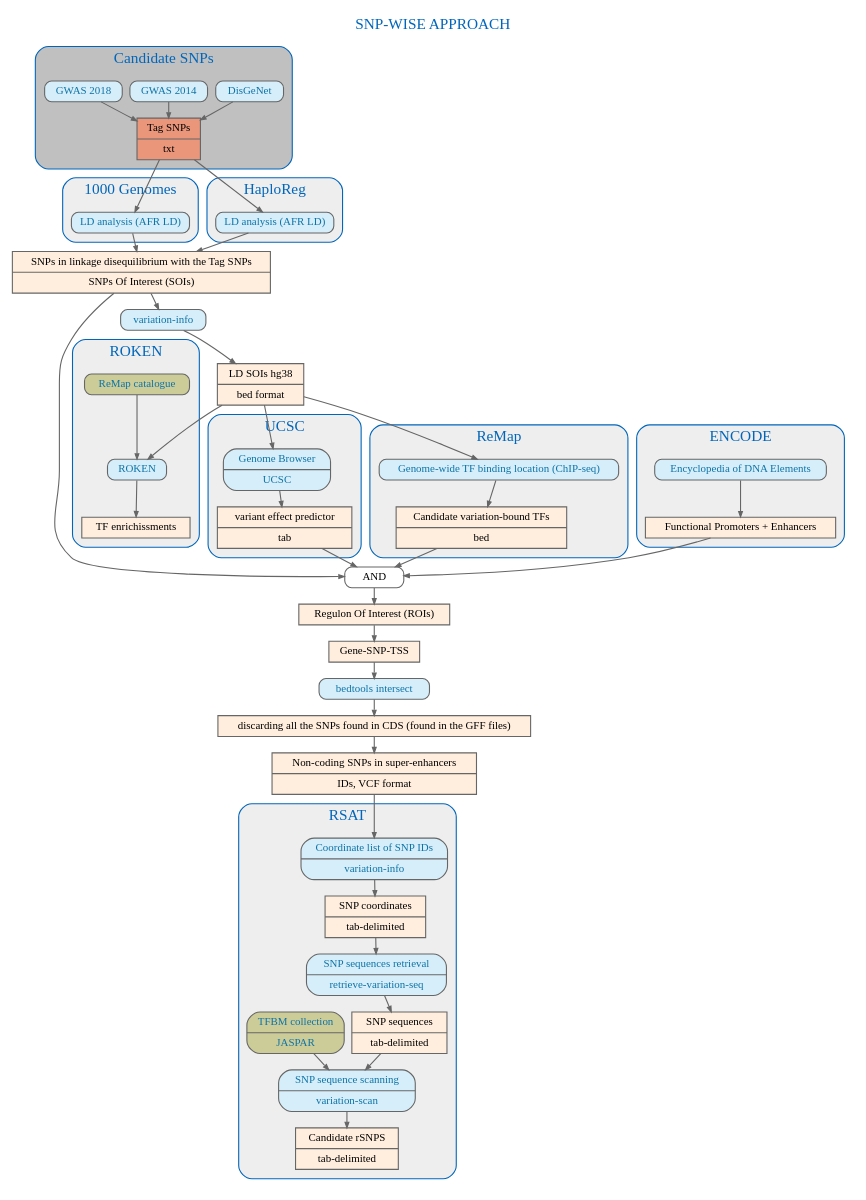
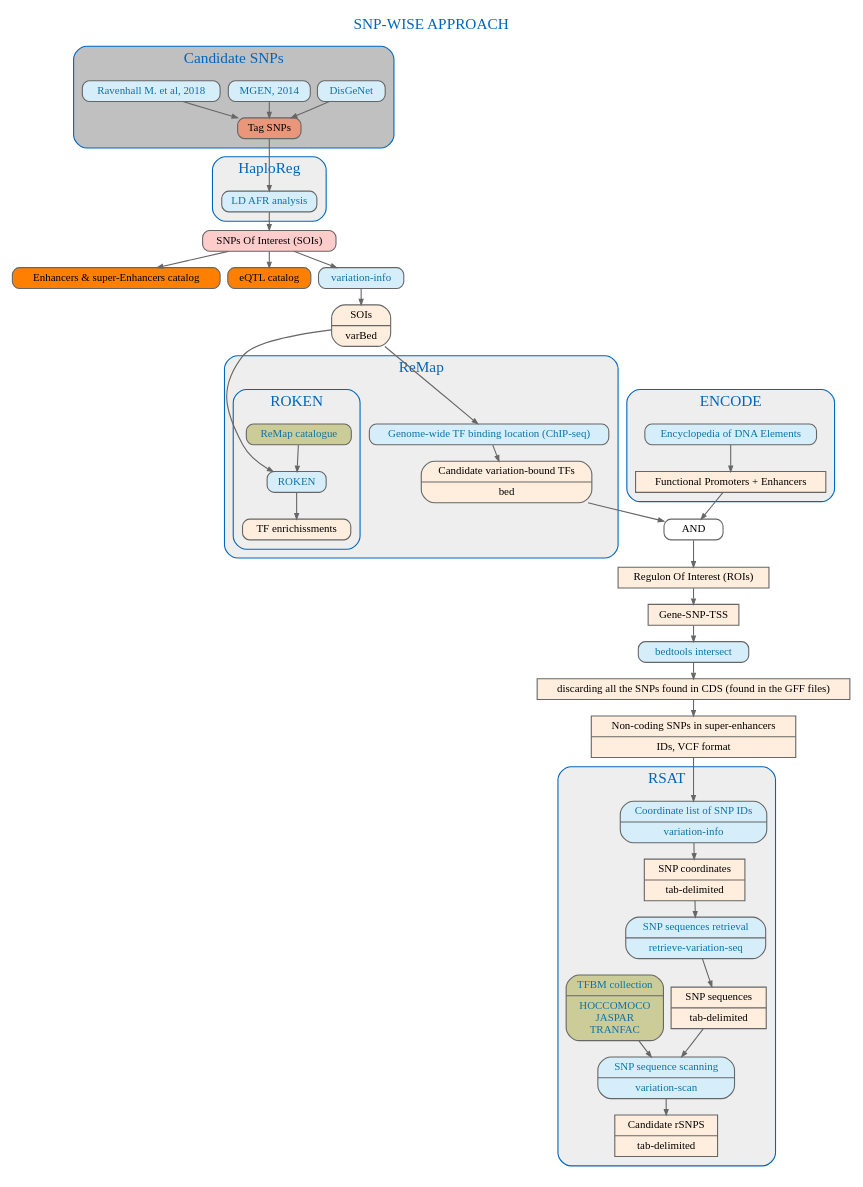
Before and after one commit to YvonFrid/malaria_rSNPs: the diagram in flowchart/snp_wise_approach.dot, drawn with Graphviz. The commit also changed 7 other files, not shown here.

```diff
--- a/flowchart/snp_wise_approach.dot
+++ b/flowchart/snp_wise_approach.dot
@@ -1,9 +1,23 @@
 digraph {
 
 	## General properties of the graph (font, color, ...)
-	graph [fontname="ArialBlack",fontsize="14", label="SNP-WISE APPROACH" labelloc="t", fontcolor="#0066BB", nodesep="0.1", ranksep="0.2"];
-	edge [fontname="ArialMT",fontsize="10",labelfontname="ArialMT",labelfontsize="10", arrowsize="0.5", color="#666666"];
-	node [fontname="ArialMT",fontsize="10",shape=record,height="0.2", color="#666666"];
+	graph [fontname="ArialBlack",
+			fontsize="14", 
+			label="SNP-WISE APPROACH" labelloc="t", 
+			fontcolor="#0066BB", 
+			nodesep="0.1", 
+			ranksep="0.2"];
+	edge [fontname="ArialMT",
+			fontsize="10",
+			labelfontname="ArialMT",
+			labelfontsize="10", 
+			arrowsize="0.5", color="#666666"];
+	node [fontname="ArialMT",
+			fontsize="10",
+			shape=record,
+			height="0.2", 
+			color="#666666"];
+
 
 	subgraph cluster_0 {
 		color="#0066BB";
@@ -12,81 +26,38 @@
 		style="rounded";
 
 	## Rechearch of candidate SNPs
-	disgenet [shape="record", style="rounded,filled", fillcolor="#D6EEFA", label="{DisGeNet}", URL="http://www.disgenet.org/web/DisGeNET/menu/browser/tab22?3&pview=default&pf=http://www.disgenet.org/web/DisGeNET%3Fdata/diseases::C0024530::de&pf=/data/sources::ALL::de", fontcolor="#0D73A7"];
-	gwas2014 [shape="record", style="rounded,filled", fillcolor="#D6EEFA", label="{GWAS 2014}", URL="https://www.ncbi.nlm.nih.gov/pmc/articles/PMC4617542/", fontcolor="#0D73A7"];
-	gwas2018 [shape="record", style="rounded,filled", fillcolor="#D6EEFA", label="{GWAS 2018}", URL="http://journals.plos.org/plosgenetics/article?id=10.1371/journal.pgen.1007172", fontcolor="#0D73A7"];
-	tag_snps  [shape="record", style="filled", fillcolor="#E9967A", label="{Tag SNPs|txt}"];
+	disgenet [shape="record", 
+			style="rounded,filled", 
+			fillcolor="#D6EEFA", 
+			label="{DisGeNet}", 
+			URL="http://www.disgenet.org/web/DisGeNET/menu/browser/tab22?3&pview=default&pf=http://www.disgenet.org/web/DisGeNET%3Fdata/diseases::C0024530::de&pf=/data/sources::ALL::de", 
+			fontcolor="#0D73A7"];
+
+	gwas2014 [shape="record", 
+			style="rounded,filled", 
+			fillcolor="#D6EEFA", 
+			label="{MGEN, 2014}", 
+			URL="https://www.ncbi.nlm.nih.gov/pmc/articles/PMC4617542/", 
+			fontcolor="#0D73A7"];
+			
+	gwas2018 [shape="record",
+			style="rounded,filled", 
+			fillcolor="#D6EEFA", 
+			label="{Ravenhall M. et al, 2018}", 
+			URL="http://journals.plos.org/plosgenetics/article?id=10.1371/journal.pgen.1007172", 
+			fontcolor="#0D73A7"];
+	
+	tag_snps [shape="record", 
+	style="rounded, filled", 
+	fillcolor="#E9967A", 
+	label="{Tag SNPs}"];
 	}
 
 	disgenet -> tag_snps
 	gwas2014 -> tag_snps
 	gwas2018 -> tag_snps
 
-	subgraph cluster_1 {
-		color="#0066BB";
-		bgcolor="#EEEEEE";
-		label = "1000 Genomes";
-		style="rounded";
-
-	## 1000 genomes
-	tag_snps ->  g1000
-	g1000 [shape="record", style="rounded,filled", fillcolor="#D6EEFA", label="{LD analysis (AFR LD)}", URL="ftp://ftp-trace.ncbi.nih.gov/1000genomes/ftp", fontcolor="#0D73A7"];
-	
-	}
-
-	g1000 -> soi
-
-	soi [shape="record", style="filled", fillcolor="#FFEEDD", label="{SNPs in linkage disequilibrium with the Tag SNPs | SNPs Of Interest (SOIs)}"];
-
-	soi -> and 
-
-	and  [shape="record", style="rounded,filled", fillcolor="#FFFFFF", label="{AND}"];
-
-	soi -> varinfo
-
-	varinfo[shape="record", style="rounded,filled", fillcolor="#D6EEFA", label="{variation-info}", fontcolor="#0D73A7"];
-
-	varinfo -> ldsnp
-
-	ldsnp [shape="record", style="filled", fillcolor="#FFEEDD", label="{LD SOIs hg38| bed format}"];
-
-	ldsnp -> roken
-	ldsnp -> ucsc
-
-
-subgraph cluster_7 {
-		color="#0066BB";
-		bgcolor="#EEEEEE";
-		label = "UCSC";
-		style="rounded";
-
-		## d’UCSC Genome Browser 
-		ucsc[shape="record", style="rounded,filled", fillcolor="#D6EEFA", label="{Genome Browser | UCSC}", URL="https://genome.ucsc.edu/cgi-bin/hgTables", fontcolor="#0D73A7"];
-		ucsc -> ensembl
-		ensembl [shape="record", style="filled", fillcolor="#FFEEDD", label="{variant effect predictor| tab }"];
-				}
-
-	ensembl -> and
-	
-subgraph cluster_8 {
-		color="#0066BB";
-		bgcolor="#EEEEEE";
-		label = "ROKEN";
-		style="rounded";
-
-		roken [shape="record", style="rounded,filled", fillcolor="#D6EEFA", label="{ROKEN}", fontcolor="#0D73A7"];
-	
-
-		remapcatalogue [shape="record", style="rounded,filled", fillcolor="#CCCC99", label="{ReMap catalogue}", URL="http://tagc.univ-mrs.fr/remap/index.php?page=download/", fontcolor="#0D73A7"];
-
-	remapcatalogue -> roken
-	roken -> tfenrichissment
-
-	tfenrichissment [shape="record", style="filled", fillcolor="#FFEEDD", label="{TF enrichissments}"];
-
-		}
-	
-subgraph cluster_2 {
+	subgraph cluster_2 {
 		color="#0066BB";
 		bgcolor="#EEEEEE";
 		label = "HaploReg";
@@ -94,11 +65,55 @@
 
 	## HaploReg
 	tag_snps ->  haploreg
-	haploreg [shape="record", style="rounded,filled", fillcolor="#D6EEFA", label="{LD analysis (AFR LD)}", URL="http://archive.broadinstitute.org/mammals/haploreg/haploreg.php", fontcolor="#0D73A7"];
+	haploreg [shape="record", 
+	style="rounded,filled", 
+	fillcolor="#D6EEFA", 
+	label="{LD AFR analysis}", 
+	URL="http://archive.broadinstitute.org/mammals/haploreg/haploreg.php", 
+	fontcolor="#0D73A7"];
 	}
 
 	haploreg -> soi
 
+	soi [shape="record", 
+		style="rounded, filled", 
+		fillcolor="#ffcccc", 
+		label="{SNPs Of Interest (SOIs)}"];
+
+	soi -> enhancers_catalog
+
+	enhancers_catalog [shape="record", 
+						style="rounded, filled", 
+						fillcolor="#ff8000", 
+						label="{Enhancers & super-Enhancers catalog}"];
+
+	soi -> eqtl
+
+	eqtl [shape="record", 
+		  style="rounded, filled", 
+		  fillcolor="#ff8000", 
+		  label="{eQTL catalog}"];
+
+
+
+
+	
+	soi -> varinfo
+
+	varinfo[shape="record", 
+			style="rounded,filled", 
+			fillcolor="#D6EEFA", 
+			label="{variation-info}", 
+			fontcolor="#0D73A7"];
+
+	varinfo -> ldsnp
+
+	ldsnp [shape="record", 
+			style="rounded, filled", 
+			fillcolor="#FFEEDD", 
+			label="{SOIs|varBed}"];
+
+	ldsnp -> roken
 
 ldsnp -> remap
 
@@ -110,9 +125,51 @@
 		label = "ReMap";
 		style="rounded";
 
-		remap[shape="record", style="rounded,filled", fillcolor="#D6EEFA", label="{Genome-wide TF binding location (ChIP-seq)}", URL="http://tagc.univ-mrs.fr/remap/", fontcolor="#0D73A7"];
+		remap[shape="record", 
+				style="rounded,filled", 
+				fillcolor="#D6EEFA", 
+				label="{Genome-wide TF binding location (ChIP-seq)}", 
+				URL="http://tagc.univ-mrs.fr/remap/", 
+				fontcolor="#0D73A7"];
+
 		remap -> snp_TF_candidates
-		snp_TF_candidates [shape="record", style="filled", fillcolor="#FFEEDD", label="{Candidate variation-bound TFs| bed }"];
+
+		snp_TF_candidates [shape="record", 
+							style="rounded, filled", 
+							fillcolor="#FFEEDD", 
+							label="{Candidate variation-bound TFs| bed }"];
+
+
+
+		subgraph cluster_8 {
+		color="#0066BB";
+		bgcolor="#EEEEEE";
+		label = "ROKEN";
+		style="rounded";
+
+		roken [shape="record", 
+				style="rounded,filled", 
+				fillcolor="#D6EEFA", 
+				label="{ROKEN}", 
+				fontcolor="#0D73A7"];
+	
+
+		remapcatalogue [shape="record", 
+						style="rounded,filled", 
+						fillcolor="#CCCC99", 
+						label="{ReMap catalogue}", 
+						URL="http://tagc.univ-mrs.fr/remap/index.php?page=download/", 
+						fontcolor="#0D73A7"];
+
+	remapcatalogue -> roken
+	roken -> tfenrichissment
+
+	tfenrichissment [shape="record", 
+					style="rounded, filled", 
+					fillcolor="#FFEEDD", 
+					label="{TF enrichissments}"];
+
+		}
 	}
 
 	snp_TF_candidates -> and
@@ -127,31 +184,62 @@
 
 		## ENCODE
 
-		encode[shape="record", style="rounded,filled", fillcolor="#D6EEFA", label="{Encyclopedia of DNA Elements}", URL="https://www.encodeproject.org", fontcolor="#0D73A7"];
+		encode[shape="record", 
+				style="rounded,filled", 
+				fillcolor="#D6EEFA", 
+				label="{Encyclopedia of DNA Elements}", 
+				URL="https://www.encodeproject.org", 
+				fontcolor="#0D73A7"];
+
 		encode -> enhancers
-		enhancers [shape="record", style="filled", fillcolor="#FFEEDD", label="{Functional Promoters + Enhancers}"];	
+		enhancers [shape="record", 
+		style="filled", 
+		fillcolor="#FFEEDD", 
+		label="{Functional Promoters + Enhancers}"];	
 	}
+
+	and [shape="record", 
+		style="rounded,filled", 
+		fillcolor="#FFFFFF", 
+		label="{AND}"];
+
 
 enhancers -> and
 and -> roi
 
-	roi [shape="record", style="filled", fillcolor="#FFEEDD", label="{Regulon Of Interest (ROIs)}"];
+	roi [shape="record", 
+		style="filled", 
+		fillcolor="#FFEEDD", 
+		label="{Regulon Of Interest (ROIs)}"];
 
 	roi -> tss
 
-	tss [shape="record", style="filled", fillcolor="#FFEEDD", label="{Gene-SNP-TSS}"];
+	tss [shape="record", 
+			style="filled", 
+			fillcolor="#FFEEDD", 
+			label="{Gene-SNP-TSS}"];
 
 	tss -> bedtools
 
-	bedtools [shape="record", style="rounded,filled", fillcolor="#D6EEFA", label="{bedtools intersect}", fontcolor="#0D73A7"];
+	bedtools [shape="record", 
+			style="rounded,filled", 
+			fillcolor="#D6EEFA", 
+			label="{bedtools intersect}", 
+			fontcolor="#0D73A7"];
 
 	bedtools -> gff
 
-	gff [shape="record", style="filled", fillcolor="#FFEEDD", label="{discarding all the SNPs found in CDS (found in the GFF files)}"];
+	gff [shape="record", 
+		style="filled", 
+		fillcolor="#FFEEDD", 
+		label="{discarding all the SNPs found in CDS (found in the GFF files)}"];
 
 	gff-> bed_results
 
-	bed_results [shape="record", style="filled", fillcolor="#FFEEDD", label="{Non-coding SNPs in super-enhancers | IDs, VCF format}"];
+	bed_results [shape="record", 
+				style="filled", 
+				fillcolor="#FFEEDD", 
+				label="{Non-coding SNPs in super-enhancers | IDs, VCF format}"];
 
 
 
@@ -164,31 +252,66 @@
 		style="rounded";
 
 	## variation-info
-	variation_info [shape="record", style="rounded,filled", fillcolor="#D6EEFA", label="{Coordinate list of SNP IDs| variation-info}", URL="http://rsat.sb-roscoff.fr/variation-info_form.cgi", fontcolor="#0D73A7"];
+	variation_info [shape="record", 
+					style="rounded,filled", 
+					fillcolor="#D6EEFA", 
+					label="{Coordinate list of SNP IDs| variation-info}", 
+					URL="http://rsat.sb-roscoff.fr/variation-info_form.cgi", 
+					fontcolor="#0D73A7"];
+
 	variation_info -> snp_info
-	snp_info [shape="record", style="filled", fillcolor="#FFEEDD", label="{SNP coordinates | tab-delimited }"];
+	
+	snp_info [shape="record", 
+				style="filled", 
+				fillcolor="#FFEEDD", 
+				label="{SNP coordinates | tab-delimited }"];
 
 	snp_info -> retrieve_variation_seq
 
 	## retrieve-variation-seq
-	retrieve_variation_seq  [shape="record", style="rounded,filled", fillcolor="#D6EEFA", label="{SNP sequences retrieval | retrieve-variation-seq}", URL="http://rsat.sb-roscoff.fr/retrieve-variation-seq_form.cgi", fontcolor="#0D73A7"];
+	retrieve_variation_seq [shape="record", 
+							style="rounded,filled", 
+							fillcolor="#D6EEFA", 
+							label="{SNP sequences retrieval | retrieve-variation-seq}", 
+							URL="http://rsat.sb-roscoff.fr/retrieve-variation-seq_form.cgi", 
+							fontcolor="#0D73A7"];
+
 	retrieve_variation_seq -> snp_seq
-	snp_seq  [shape="record", style="filled", fillcolor="#FFEEDD", label="{SNP sequences | tab-delimited }"];
-	
+
+	snp_seq  [shape="record", 
+			  style="filled", 
+			  fillcolor="#FFEEDD", 
+			  label="{SNP sequences | tab-delimited }"];
+				
 	snp_seq -> variation_scan
 
 
 	## variation-scan
-	variation_scan   [shape="record", style="rounded,filled", fillcolor="#D6EEFA", label="{SNP sequence scanning | variation-scan}", URL="http://rsat.sb-roscoff.fr/variation-scan_form.cgi", fontcolor="#0D73A7"];
+	variation_scan [shape="record", 
+					style="rounded,filled", 
+					fillcolor="#D6EEFA", 
+					label="{SNP sequence scanning | variation-scan}", 
+					URL="http://rsat.sb-roscoff.fr/variation-scan_form.cgi", 
+					fontcolor="#0D73A7"];
 	
 	variation_scan -> candidate_rsnps
 
-	candidate_rsnps   [shape="record", style="filled", fillcolor="#FFEEDD", label="{Candidate rSNPS | tab-delimited }"];
+	candidate_rsnps [shape="record", 
+	style="filled", 
+	fillcolor="#FFEEDD", 
+	label="{Candidate rSNPS | tab-delimited }"];
 	
 
 	
-	## Jaspar matrice database
-	jaspar_matrices  [shape="record", style="rounded,filled", fillcolor="#CCCC99", label="{TFBM collection | JASPAR}", URL="http://jaspar.genereg.net/", fontcolor="#0D73A7"];
+	## Matrice database
+	jaspar_matrices  [shape="record", 
+	style="rounded,filled", 
+	fillcolor="#CCCC99", 
+	label="{TFBM collection | HOCCOMOCO \n
+							  JASPAR \n
+							  TRANFAC}", 
+		URL="http://jaspar.genereg.net/", 
+		fontcolor="#0D73A7"];
 	
 
 	jaspar_matrices -> variation_scan
```
